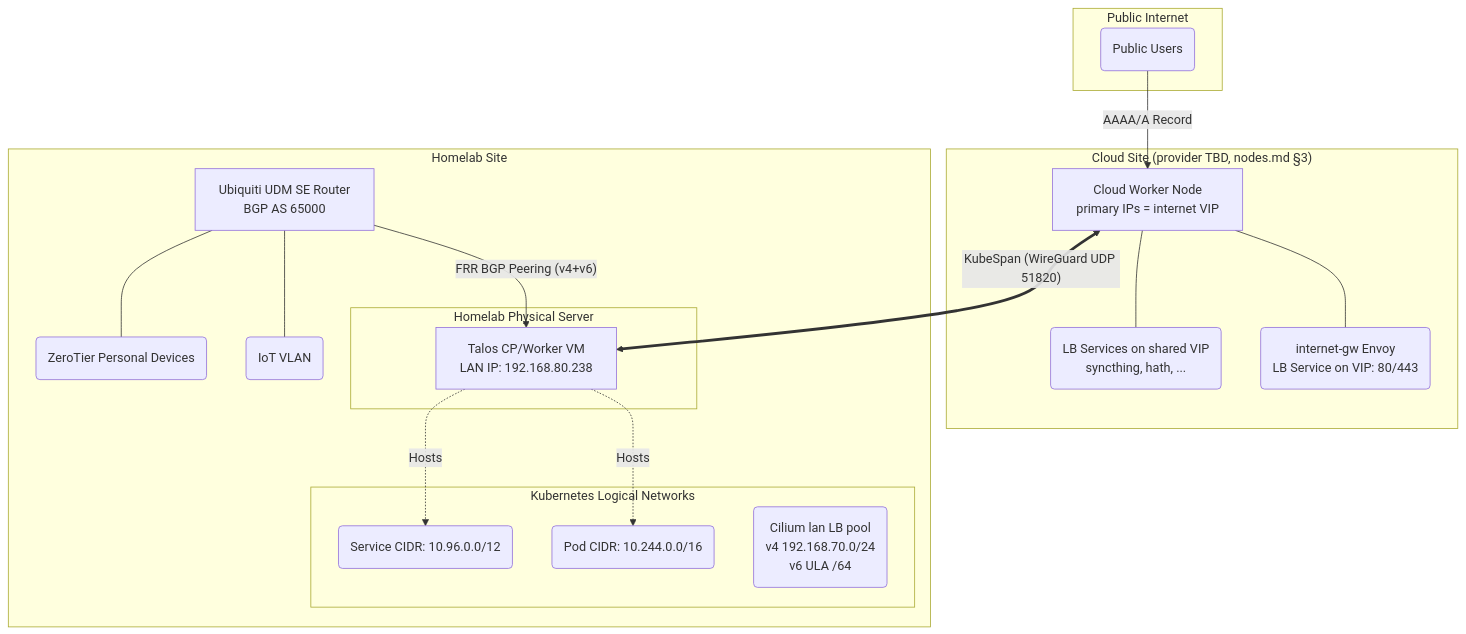
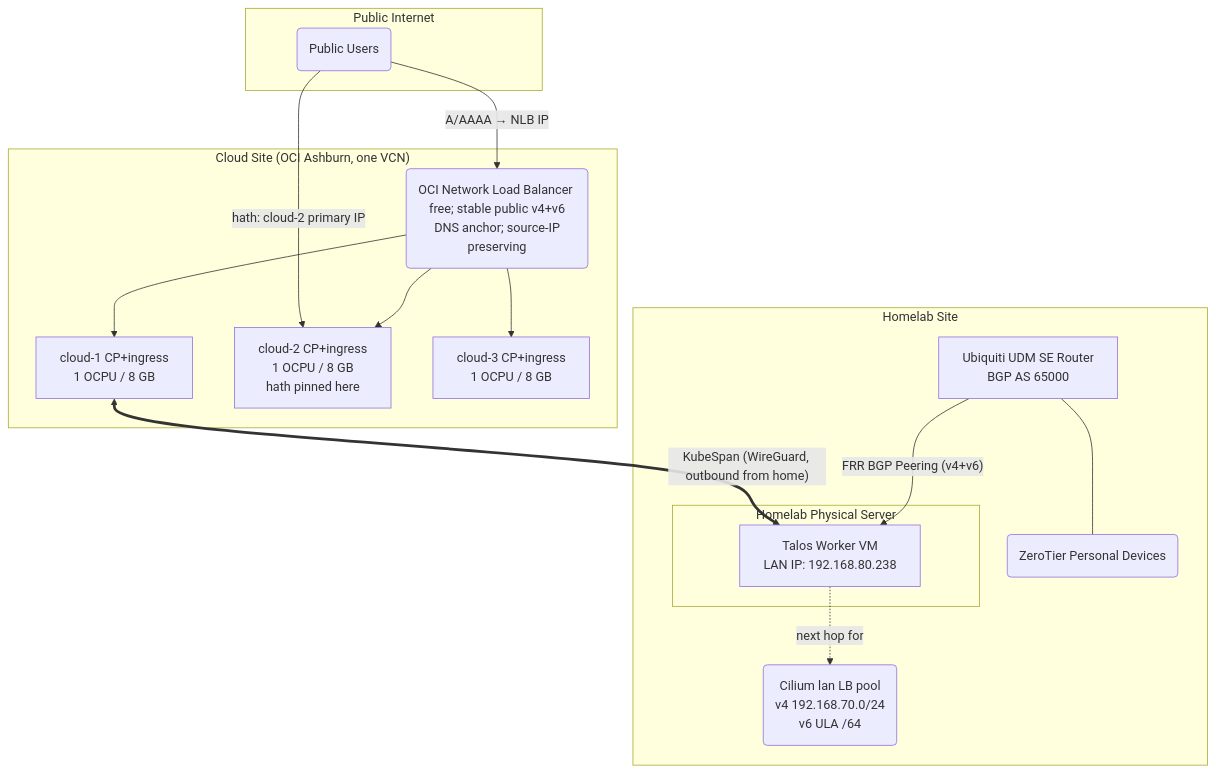
The diagram in docs/cluster/architecture.md (Aetf/kluster), drawn with Mermaid before and after one commit. The commit also changed other lines of this file and 3 other files, not shown here.

First line of the commit message:
doc: adopt 3-node OCI control plane as the as-designed architecture

````diff
--- a/docs/cluster/architecture.md
+++ b/docs/cluster/architecture.md
@@ -42,44 +49,39 @@
 ```mermaid
 graph TD  
  subgraph "Public Internet"  
  User(Public Users)  
  end  
   
- subgraph "Cloud Site (provider TBD, nodes.md §3)"  
- Cloud_Worker[Cloud Worker Node <br> primary IPs = internet VIP]  
- Envoy1(internet-gw Envoy <br> LB Service on VIP: 80/443)  
- RawTCP(LB Services on shared VIP <br> syncthing, hath, ...)  
- Cloud_Worker --- Envoy1  
- Cloud_Worker --- RawTCP  
+ subgraph "Cloud Site (OCI Ashburn, one VCN)"  
+ NLB(OCI Network Load Balancer <br> free; stable public v4+v6 <br> DNS anchor; source-IP preserving)  
+ CP1[cloud-1 CP+ingress <br> 1 OCPU / 8 GB]  
+ CP2[cloud-2 CP+ingress <br> 1 OCPU / 8 GB <br> hath pinned here]  
+ CP3[cloud-3 CP+ingress <br> 1 OCPU / 8 GB]  
+ NLB --> CP1  
+ NLB --> CP2  
+ NLB --> CP3  
  end  
   
  subgraph "Homelab Site"  
  DMSE[Ubiquiti UDM SE Router <br> BGP AS 65000]  
    
 subgraph "Homelab Physical Server"  
- Homelab_VM[Talos CP/Worker VM <br> LAN IP: 192.168.80.238]  
+ Homelab_VM[Talos Worker VM <br> LAN IP: 192.168.80.238]  
  end  
    
-subgraph "Kubernetes Logical Networks"  
- Pods(Pod CIDR: 10.244.0.0/16)  
- SVC(Service CIDR: 10.96.0.0/12)  
  LB_Pool(Cilium lan LB pool <br> v4 192.168.70.0/24 <br> v6 ULA /64)  
- end  
-   
-VLAN_IoT(IoT VLAN)  
  ZT_Net(ZeroTier Personal Devices)  
  end  
   
  %% Routing Flow  
- User -- "AAAA/A Record" --> Cloud_Worker  
+ User -- "A/AAAA → NLB IP" --> NLB  
+ User -- "hath: cloud-2 primary IP" --> CP2  
  DMSE -- "FRR BGP Peering (v4+v6)" --> Homelab_VM  
- DMSE --- VLAN_IoT  
  DMSE --- ZT_Net  
    
 %% KubeSpan  
- Cloud_Worker <== "KubeSpan (WireGuard UDP 51820)" ==> Homelab_VM  
+ CP1 <== "KubeSpan (WireGuard, outbound from home)" ==> Homelab_VM  
   
 %% Logical internal links  
- Homelab_VM -. "Hosts" .-> Pods  
- Homelab_VM -. "Hosts" .-> SVC  
+ Homelab_VM -. "next hop for" .-> LB_Pool  
 ```
````
